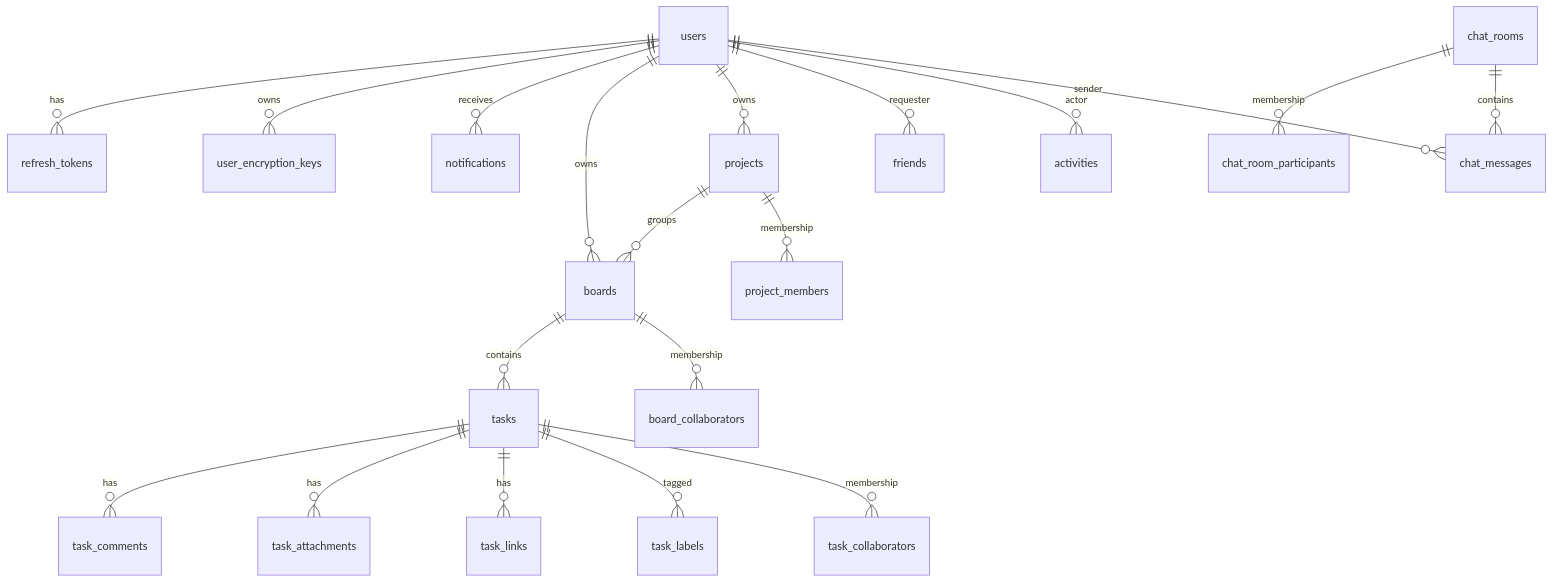
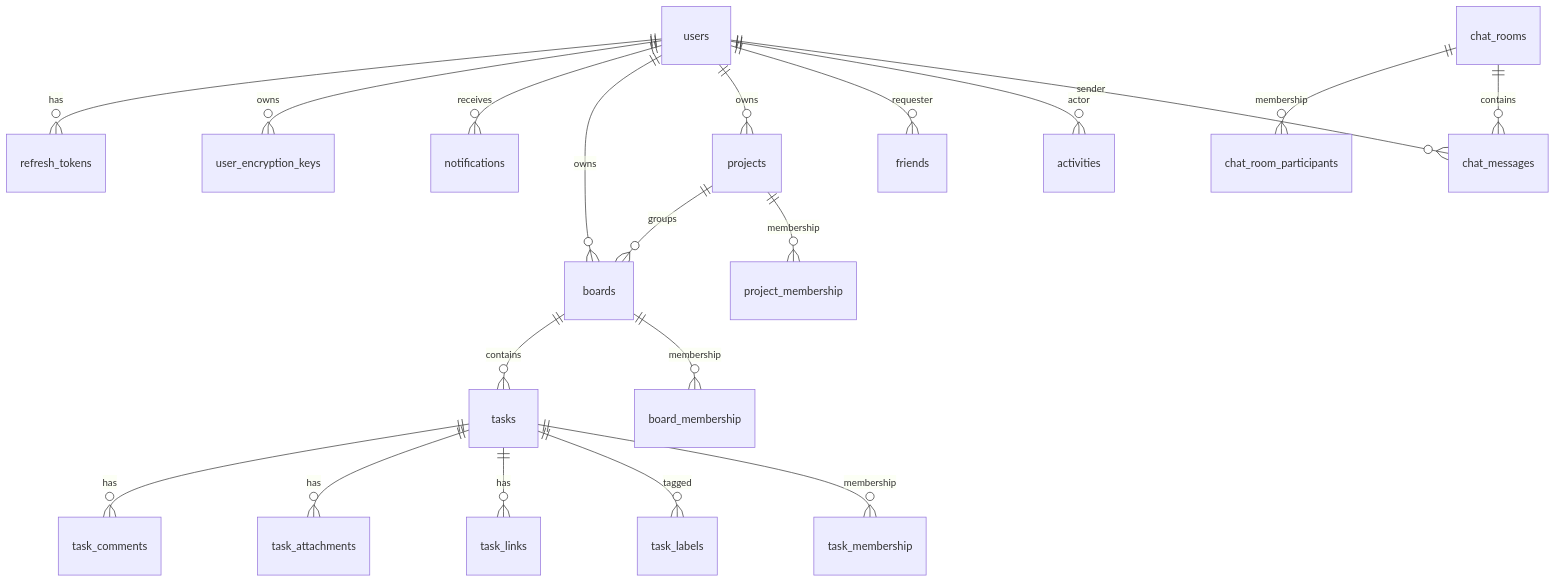
One commit to MarkADom/SynchTask_Backend changed the diagram in docs/dataBase/er-diagram.md. Above: the diagram before and after it, drawn with Mermaid. The commit also changed other lines of this file and 11 other files, not shown here.

````diff
--- a/docs/dataBase/er-diagram.md
+++ b/docs/dataBase/er-diagram.md
@@ -6,27 +6,27 @@
 ```mermaid
 erDiagram
     users ||--o{ refresh_tokens : has
     users ||--o{ user_encryption_keys : owns
     users ||--o{ notifications : receives
     users ||--o{ boards : owns
     users ||--o{ projects : owns
 
     projects ||--o{ boards : groups
     boards ||--o{ tasks : contains
 
     tasks ||--o{ task_comments : has
     tasks ||--o{ task_attachments : has
     tasks ||--o{ task_links : has
     tasks ||--o{ task_labels : tagged
 
-    boards ||--o{ board_collaborators : membership
-    tasks ||--o{ task_collaborators : membership
-    projects ||--o{ project_members : membership
+    boards ||--o{ board_membership : membership
+    tasks ||--o{ task_membership : membership
+    projects ||--o{ project_membership : membership
 
     users ||--o{ friends : requester
     users ||--o{ activities : actor
 
     chat_rooms ||--o{ chat_room_participants : membership
     chat_rooms ||--o{ chat_messages : contains
     users ||--o{ chat_messages : sender
 ```
````
